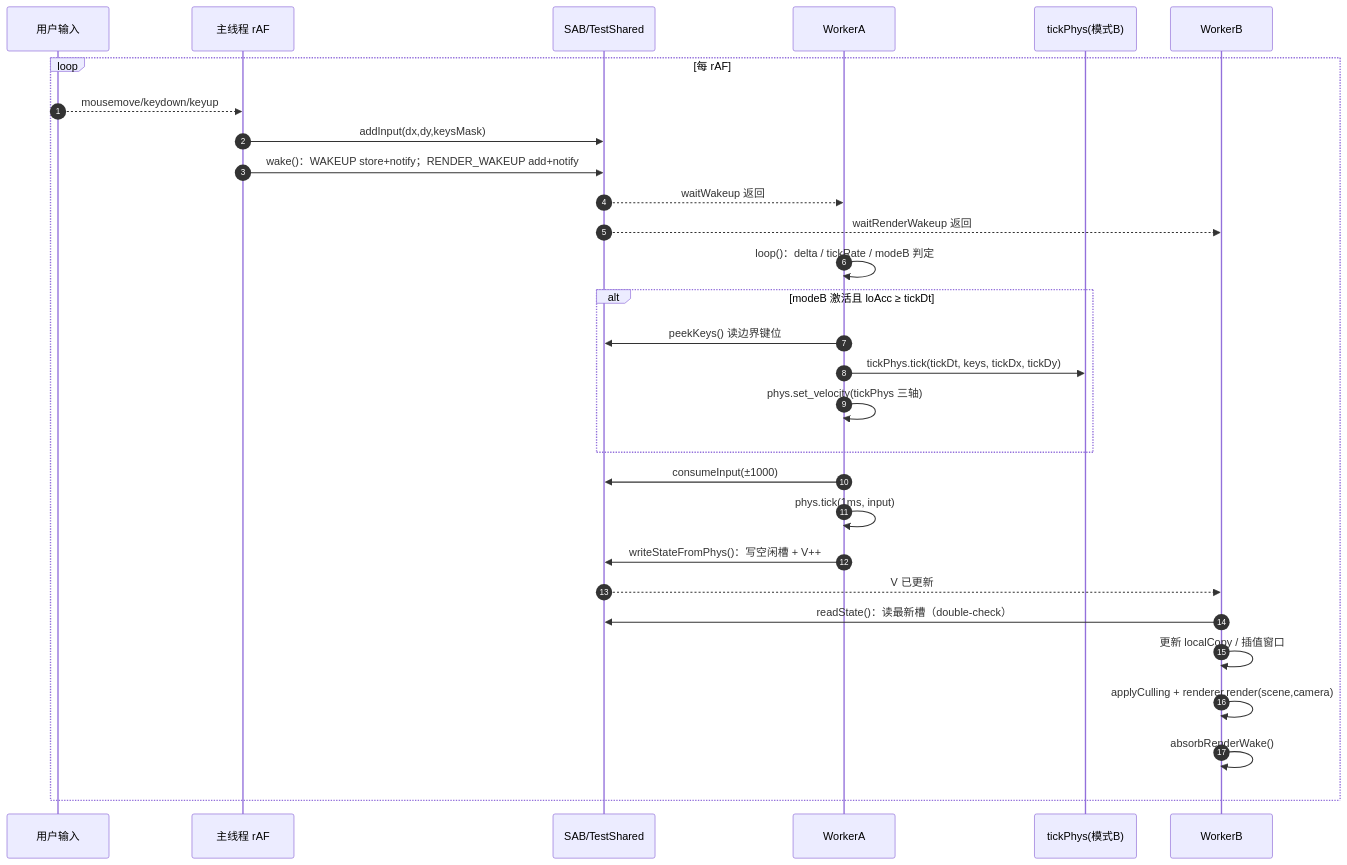
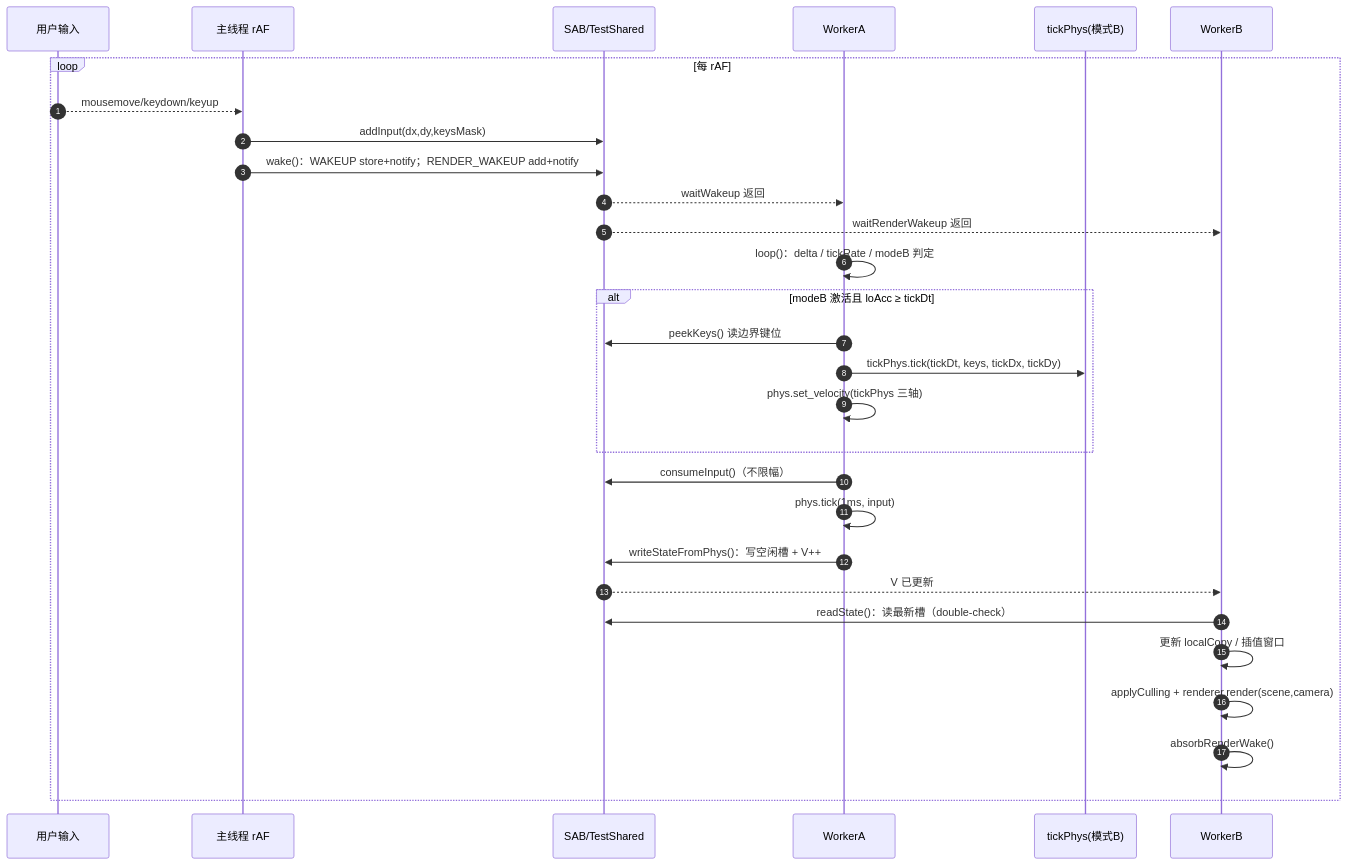
The third of 4 diagrams in test/dual-mode-harness/docs/runtime-sequence.md (JofengSeir/websurf), drawn with Mermaid before and after one commit. The commit also changed other lines of this file and 29 other files, not shown here.

````diff
--- a/test/dual-mode-harness/docs/runtime-sequence.md
+++ b/test/dual-mode-harness/docs/runtime-sequence.md
@@ -84,31 +84,31 @@
 ```mermaid
 sequenceDiagram
     autonumber
     participant U as 用户输入
     participant M as 主线程 rAF
     participant S as SAB/TestShared
     participant A as WorkerA
     participant T as tickPhys(模式B)
     participant B as WorkerB
     loop 每 rAF
         U-->>M: mousemove/keydown/keyup
         M->>S: addInput(dx,dy,keysMask)
         M->>S: wake()：WAKEUP store+notify；RENDER_WAKEUP add+notify
         S-->>A: waitWakeup 返回
         S-->>B: waitRenderWakeup 返回
         A->>A: loop()：delta / tickRate / modeB 判定
         alt modeB 激活且 loAcc ≥ tickDt
             A->>S: peekKeys() 读边界键位
             A->>T: tickPhys.tick(tickDt, keys, tickDx, tickDy)
             A->>A: phys.set_velocity(tickPhys 三轴)
         end
-        A->>S: consumeInput(±1000)
+        A->>S: consumeInput()（不限幅）
         A->>A: phys.tick(1ms, input)
         A->>S: writeStateFromPhys()：写空闲槽 + V++
         S-->>B: V 已更新
         B->>S: readState()：读最新槽（double-check）
         B->>B: 更新 localCopy / 插值窗口
         B->>B: applyCulling + renderer.render(scene,camera)
         B->>B: absorbRenderWake()
     end
 ```
````
